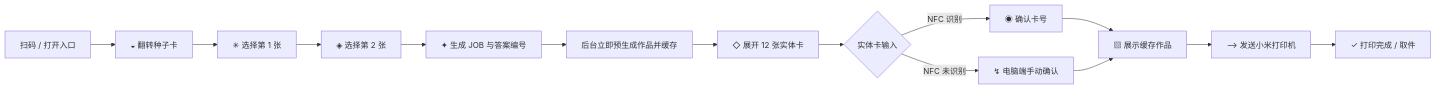
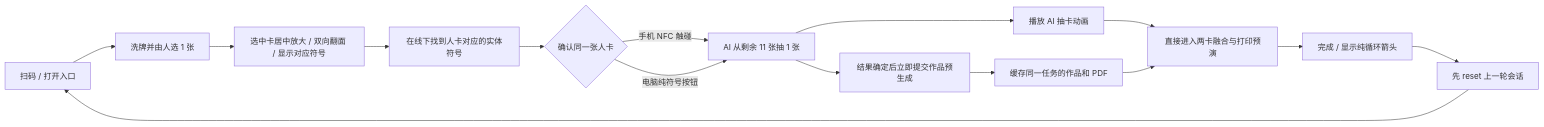
The first of 4 diagrams in ARCHITECTURE-AND-FLOW.md (joeyhu1108-maker/between-symbol-first-design-system), drawn with Mermaid before and after one commit. The commit also changed other lines of this file and 21 other files, not shown here.

Commit message:
Restore physical card handoff and symbol-only next participant flow

````diff
--- a/ARCHITECTURE-AND-FLOW.md
+++ b/ARCHITECTURE-AND-FLOW.md
@@ -7,16 +7,17 @@
 ```mermaid
 flowchart LR
-  A[扫码 / 打开入口] --> B[◒ 翻转种子卡]
-  B --> C[✳ 选择第 1 张]
-  C --> D[◈ 选择第 2 张]
-  D --> E[✦ 生成 JOB 与答案编号]
-  E --> F[后台立即预生成作品并缓存]
-  F --> G[◇ 展开 12 张实体卡]
-  G --> H{实体卡输入}
-  H -->|NFC 识别| I[◉ 确认卡号]
-  H -->|NFC 未识别| J[↯ 电脑端手动确认]
-  I --> K[▧ 展示缓存作品]
-  J --> K
-  K --> L[⟶ 发送小米打印机]
-  L --> M[✓ 打印完成 / 取件]
+  A[扫码 / 打开入口] --> B[洗牌并由人选 1 张]
+  B --> C[选中卡居中放大 / 双向翻面 / 显示对应符号]
+  C --> D[在线下找到人卡对应的实体符号]
+  D --> E{确认同一张人卡}
+  E -->|手机 NFC 触碰| F[AI 从剩余 11 张抽 1 张]
+  E -->|电脑纯符号按钮| F
+  F --> G[结果确定后立即提交作品预生成]
+  F --> H[播放 AI 抽卡动画]
+  G --> I[缓存同一任务的作品和 PDF]
+  H --> J[直接进入两卡融合与打印预演]
+  I --> J
+  J --> K[完成 / 显示纯循环箭头]
+  K --> L[先 reset 上一轮会话]
+  L --> A
 ```
````
